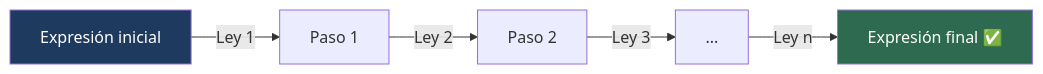
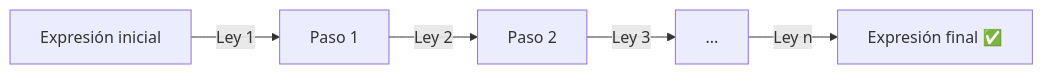
Before and after one commit to Fsteven22/Notas-de-Universidad-Freddy-Sanchez-: the diagram in Universidad/3er Semestre/Matemáticas Discretas/Unidad 1 - Logica y Conjuntos/II - Álgebra Proposicional/01 - Algebra de Proposiciones.md, drawn with Mermaid. The commit also changed other lines of this file and 1424 other files, not shown here.

````diff
--- a/Universidad/3er Semestre/Matemáticas Discretas/Unidad 1 - Logica y Conjuntos/II - Álgebra Proposicional/01 - Algebra de Proposiciones.md
+++ b/Universidad/3er Semestre/Matemáticas Discretas/Unidad 1 - Logica y Conjuntos/II - Álgebra Proposicional/01 - Algebra de Proposiciones.md
@@ -183,10 +187,8 @@
 ```mermaid
 graph LR
     A[Expresión inicial] -->|"Ley 1"| B[Paso 1]
     B -->|"Ley 2"| C[Paso 2]
     C -->|"Ley 3"| D[...]
     D -->|"Ley n"| E[Expresión final ✅]
 
-    style A fill:#1e3a5f,color:#fff
-    style E fill:#2d6a4f,color:#fff
 ```
````
